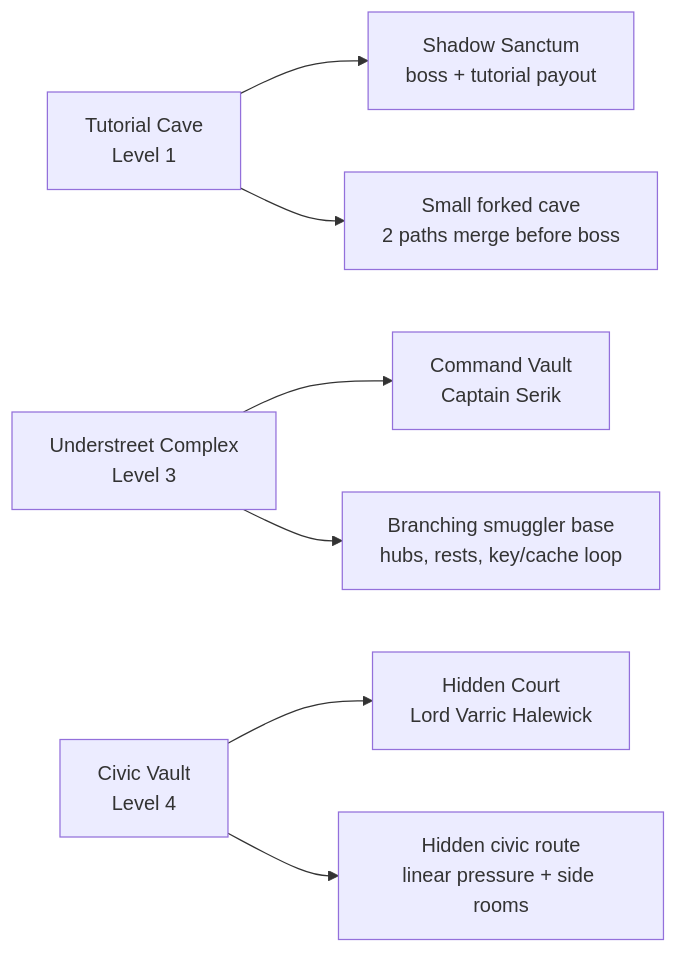
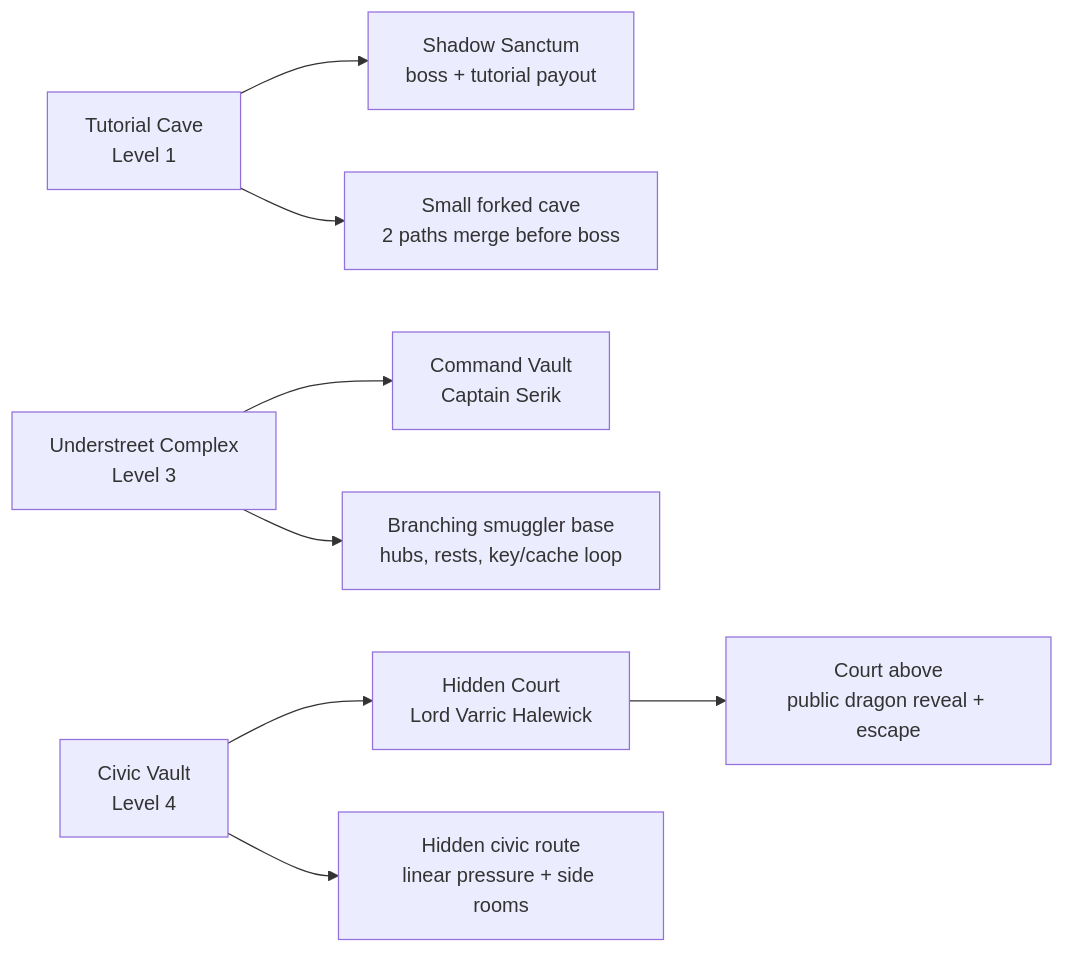
The diagram in docs/visual-dungeon-maps.md (JesperYH24/dnd-git-adventure), drawn with Mermaid before and after one commit. The commit also changed other lines of this file and 6 other files, not shown here.

````diff
--- a/docs/visual-dungeon-maps.md
+++ b/docs/visual-dungeon-maps.md
@@ -25,10 +25,11 @@
 ```mermaid
 flowchart LR
     Tutorial["Tutorial Cave\nLevel 1"] --> TutorialBoss["Shadow Sanctum\nboss + tutorial payout"]
     Understreet["Understreet Complex\nLevel 3"] --> UnderstreetBoss["Command Vault\nCaptain Serik"]
     Civic["Civic Vault\nLevel 4"] --> CivicBoss["Hidden Court\nLord Varric Halewick"]
+    CivicBoss --> CivicEscape["Court above\npublic dragon reveal + escape"]
 
     Tutorial --> TutorialShape["Small forked cave\n2 paths merge before boss"]
     Understreet --> UnderstreetShape["Branching smuggler base\nhubs, rests, key/cache loop"]
     Civic --> CivicShape["Hidden civic route\nlinear pressure + side rooms"]
 ```
````
